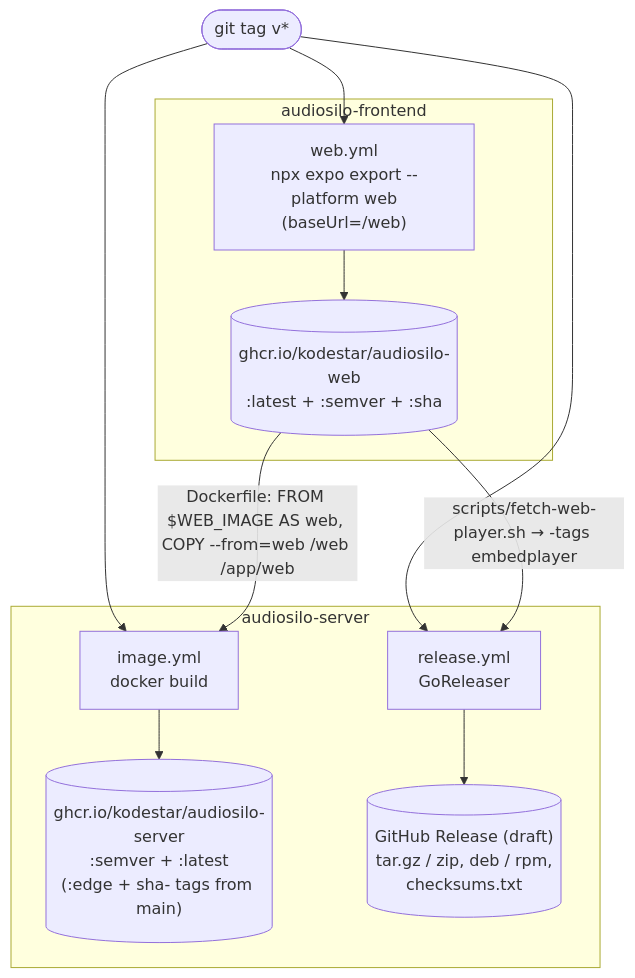
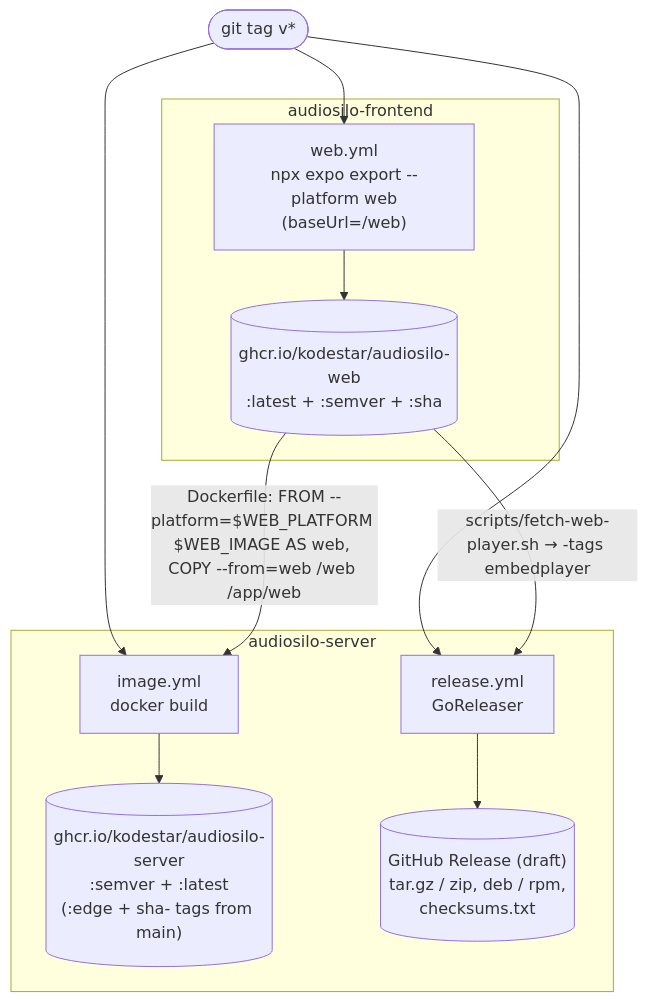
One commit to KodeStar/audiosilo-docs changed the diagram in docs-developers/architecture/release-pipeline.md. Above: the diagram before and after it, drawn with Mermaid. The commit also changed other lines of this file and 83 other files, not shown here.

````diff
--- a/docs-developers/architecture/release-pipeline.md
+++ b/docs-developers/architecture/release-pipeline.md
@@ -22,25 +22,25 @@
 ```mermaid
 flowchart TB
     tag(["git tag v*"])
 
     subgraph fe["audiosilo-frontend"]
         webyml["web.yml<br/>npx expo export --platform web<br/>(baseUrl=/web)"]
         webimg[("ghcr.io/kodestar/audiosilo-web<br/>:latest + :semver + :sha")]
         webyml --> webimg
     end
 
     subgraph srv["audiosilo-server"]
         imageyml["image.yml<br/>docker build"]
         srvimg[("ghcr.io/kodestar/audiosilo-server<br/>:semver + :latest<br/>(:edge + sha- tags from main)")]
         relyml["release.yml<br/>GoReleaser"]
         ghrel[("GitHub Release (draft)<br/>tar.gz / zip, deb / rpm,<br/>checksums.txt")]
         imageyml --> srvimg
         relyml --> ghrel
     end
 
     tag --> webyml
     tag --> imageyml
     tag --> relyml
-    webimg -->|"Dockerfile: FROM $WEB_IMAGE AS web, COPY --from=web /web /app/web"| imageyml
+    webimg -->|"Dockerfile: FROM --platform=$WEB_PLATFORM $WEB_IMAGE AS web, COPY --from=web /web /app/web"| imageyml
     webimg -->|"scripts/fetch-web-player.sh → -tags embedplayer"| relyml
 ```
````
